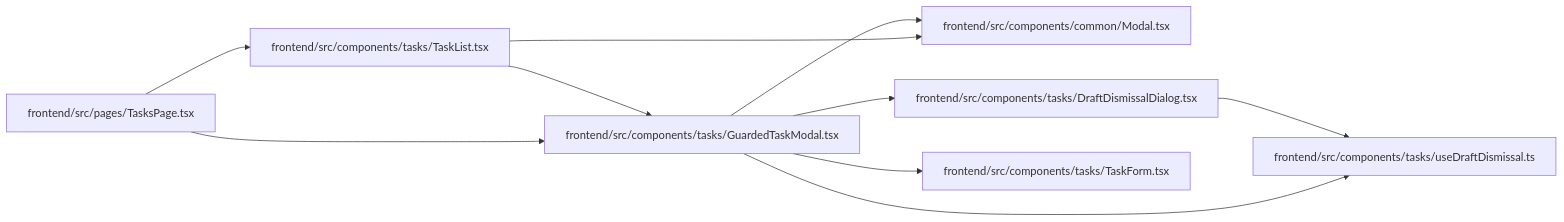
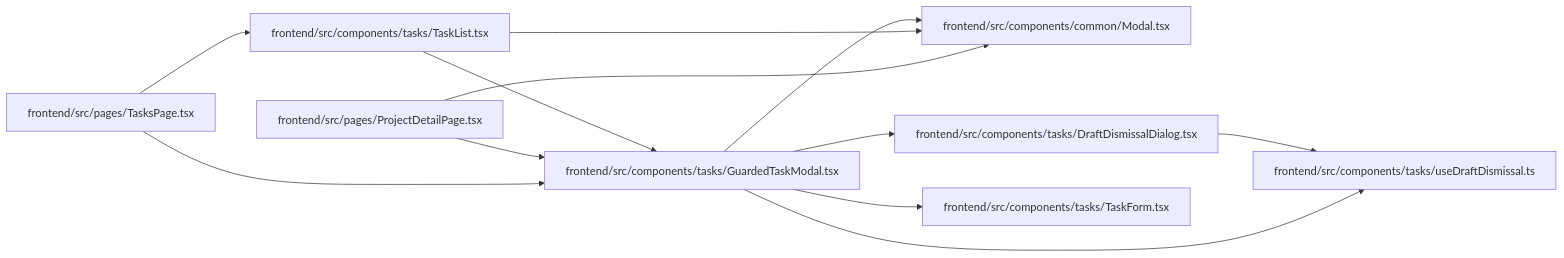
One commit to Denissvgn/WorkChord changed the diagram in docs/llm_wiki/modules/GuardedTaskModal.md. Above: the diagram before and after it, drawn with Mermaid. The commit also changed other lines of this file and 1238 other files, not shown here.

First line of the commit message:
docs(wiki): publish compact canonical domain architecture

````diff
--- a/docs/llm_wiki/modules/GuardedTaskModal.md
+++ b/docs/llm_wiki/modules/GuardedTaskModal.md
@@ -28,26 +28,30 @@
 ```mermaid
 flowchart LR
     n0["frontend/src/components/common/Modal.tsx"]
     n1["frontend/src/components/tasks/DraftDismissalDialog.tsx"]
     n2["frontend/src/components/tasks/GuardedTaskModal.tsx"]
     n3["frontend/src/components/tasks/TaskForm.tsx"]
     n4["frontend/src/components/tasks/TaskList.tsx"]
     n5["frontend/src/components/tasks/useDraftDismissal.ts"]
-    n6["frontend/src/pages/TasksPage.tsx"]
+    n6["frontend/src/pages/ProjectDetailPage.tsx"]
+    n7["frontend/src/pages/TasksPage.tsx"]
     n1 --> n5
     n2 --> n0
     n2 --> n1
     n2 --> n3
     n2 --> n5
     n4 --> n0
     n4 --> n2
+    n6 --> n0
     n6 --> n2
-    n6 --> n4
+    n7 --> n2
+    n7 --> n4
     click n0 "../modules/Modal.md"
     click n1 "../modules/DraftDismissalDialog.md"
     click n2 "../modules/GuardedTaskModal.md"
     click n3 "../modules/TaskForm.md"
     click n4 "../modules/TaskList.md"
     click n5 "../modules/useDraftDismissal.md"
-    click n6 "../modules/TasksPage.md"
+    click n6 "../modules/ProjectDetailPage.md"
+    click n7 "../modules/TasksPage.md"
 ```
````
